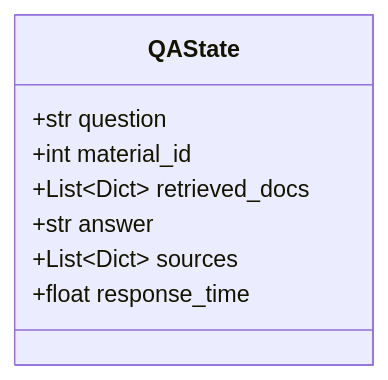
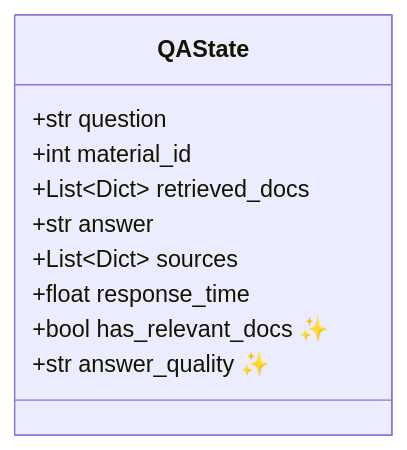
Before and after one commit to Kernel-edu-mentor/KDT_BE13_Toy_Project4: the eighth of 20 diagrams in python-server/QA_WORKFLOW.md, drawn with Mermaid. The commit also changed other lines of this file and 9 other files, not shown here.

````diff
--- a/python-server/QA_WORKFLOW.md
+++ b/python-server/QA_WORKFLOW.md
@@ -149,11 +161,13 @@
 ```mermaid
 classDiagram
     class QAState {
         +str question
         +int material_id
         +List~Dict~ retrieved_docs
         +str answer
         +List~Dict~ sources
         +float response_time
+        +bool has_relevant_docs ✨
+        +str answer_quality ✨
     }
 ```
````
